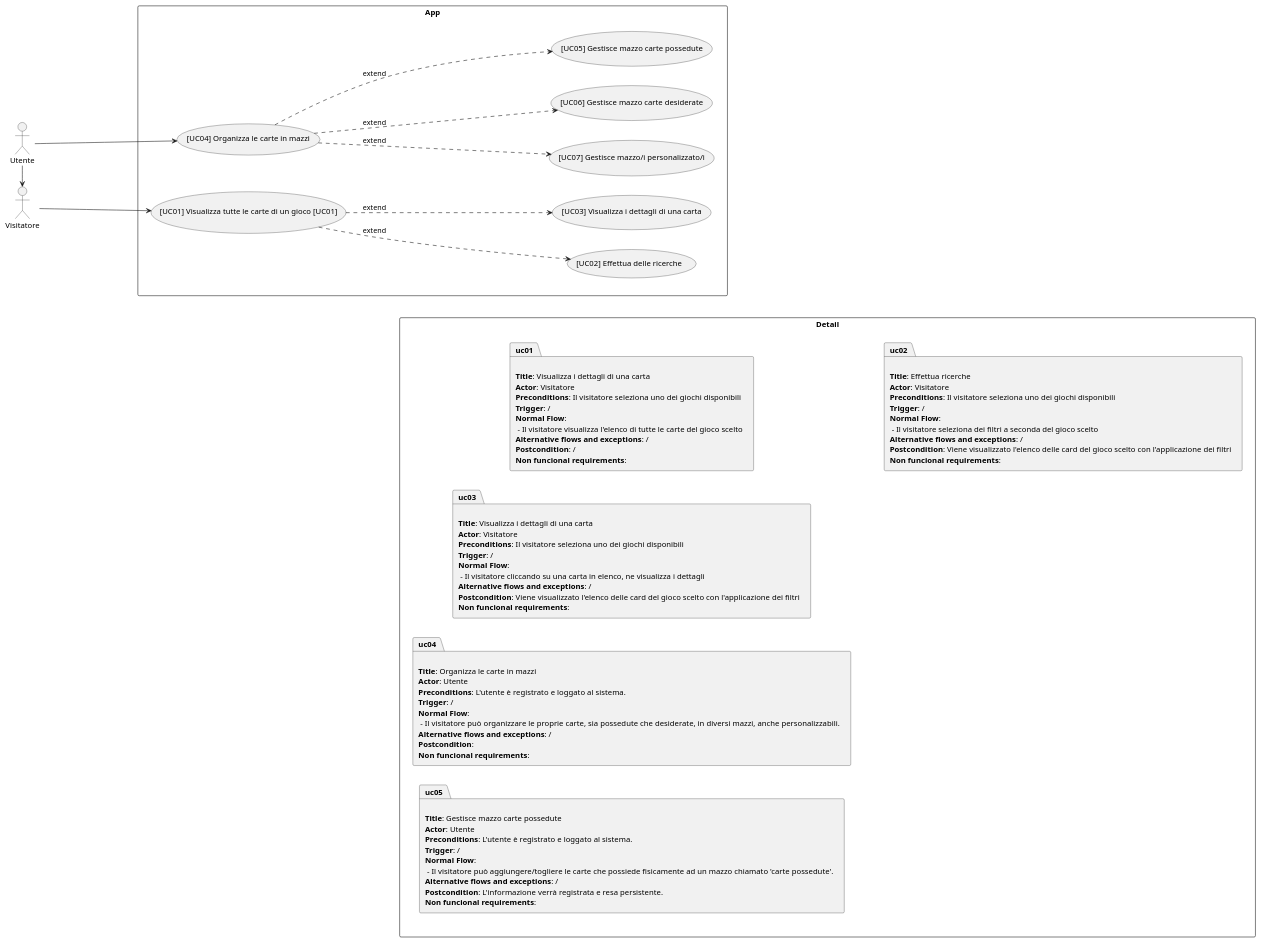
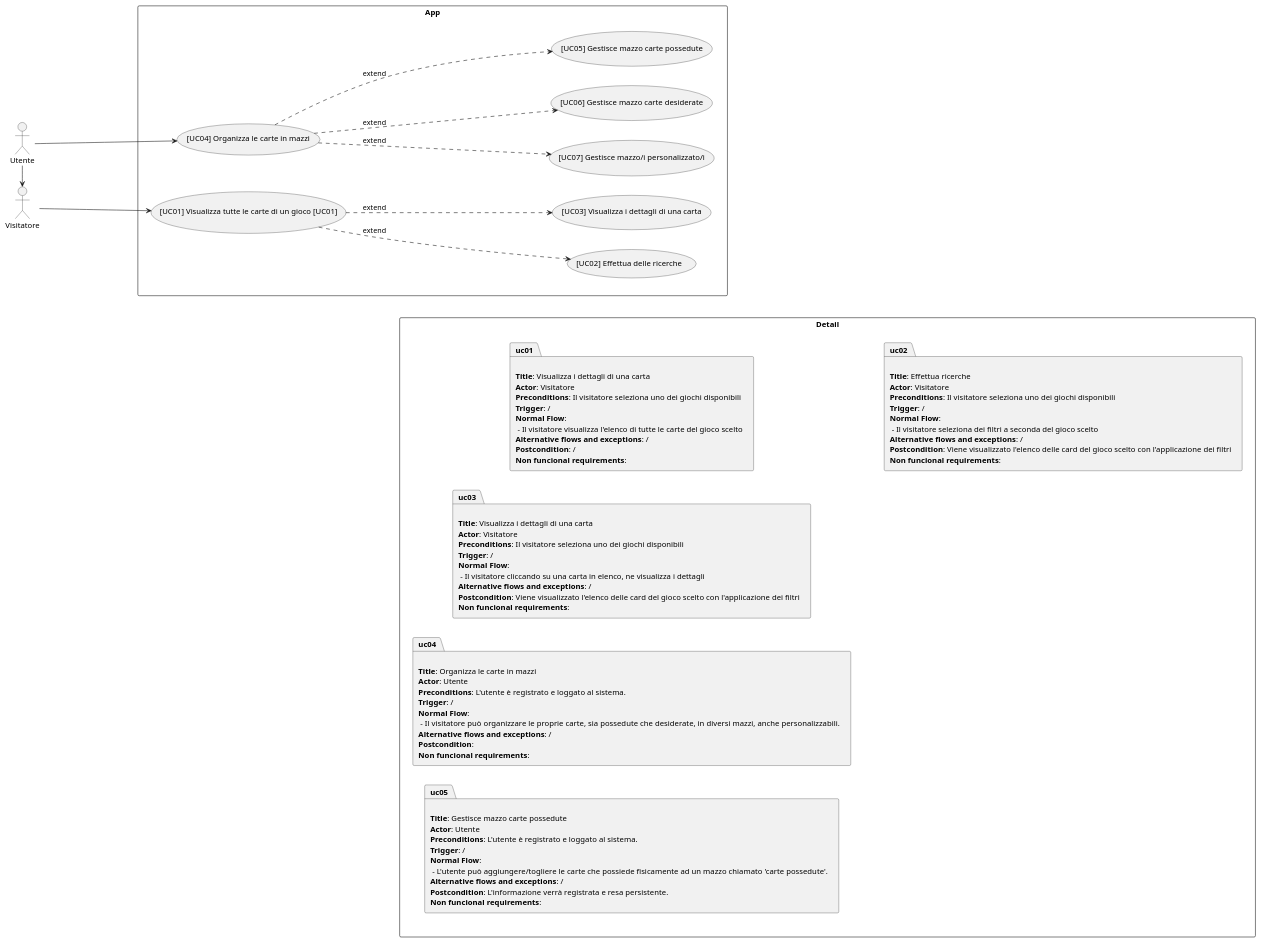
Before and after one commit to alessioarcara/Card-Exchange: the diagram in DOC/Inception/Diagram/UseCase.puml, drawn with PlantUML.

Commit message:
fix UseCaseDiagram

```diff
--- a/DOC/Inception/Diagram/UseCase.puml
+++ b/DOC/Inception/Diagram/UseCase.puml
@@ -1,108 +1,108 @@
 @startuml
 left to right direction
 
 
 
 
 actor Utente as U
 actor Visitatore as  V
 
 'U --down--> V
 
 App -d[hidden]-> Detail
 
 
 
 rectangle Detail {
 package  uc01 [
 
 **Title**: Visualizza i dettagli di una carta
 **Actor**: Visitatore
 **Preconditions**: Il visitatore seleziona uno dei giochi disponibili
 **Trigger**: /
 **Normal Flow**:
  - Il visitatore visualizza l'elenco di tutte le carte del gioco scelto
 **Alternative flows and exceptions**: /
 **Postcondition**: /
 **Non funcional requirements**:
 ]
 
 package  uc02 [
 
 **Title**: Effettua ricerche
 **Actor**: Visitatore
 **Preconditions**: Il visitatore seleziona uno dei giochi disponibili
 **Trigger**: /
 **Normal Flow**:
  - Il visitatore seleziona dei filtri a seconda del gioco scelto
 **Alternative flows and exceptions**: /
 **Postcondition**: Viene visualizzato l'elenco delle card del gioco scelto con l'applicazione dei filtri
 **Non funcional requirements**:
 ]
 
 package  uc03 [
 
 **Title**: Visualizza i dettagli di una carta
 **Actor**: Visitatore
 **Preconditions**: Il visitatore seleziona uno dei giochi disponibili
 **Trigger**: /
 **Normal Flow**:
  - Il visitatore cliccando su una carta in elenco, ne visualizza i dettagli
 **Alternative flows and exceptions**: /
 **Postcondition**: Viene visualizzato l'elenco delle card del gioco scelto con l'applicazione dei filtri
 **Non funcional requirements**:
 ]
 
 package  uc04 [
 
 **Title**: Organizza le carte in mazzi
 **Actor**: Utente
 **Preconditions**: L'utente è registrato e loggato al sistema.
 **Trigger**: /
 **Normal Flow**:
  - Il visitatore può organizzare le proprie carte, sia possedute che desiderate,  in diversi mazzi, anche personalizzabili.
 **Alternative flows and exceptions**: /
 **Postcondition**:
 **Non funcional requirements**:
 ]
 
 package  uc05 [
 
 **Title**: Gestisce mazzo carte possedute
 **Actor**: Utente
 **Preconditions**: L'utente è registrato e loggato al sistema.
 **Trigger**: /
 **Normal Flow**:
- - Il visitatore può aggiungere/togliere le carte che possiede fisicamente ad un mazzo chiamato 'carte possedute'.
+ - L'utente può aggiungere/togliere le carte che possiede fisicamente ad un mazzo chiamato 'carte possedute'.
 **Alternative flows and exceptions**: /
 **Postcondition**: L'informazione verrà registrata e resa persistente.
 **Non funcional requirements**:
 ]
 
 
 }
 
 rectangle App {
  ([UC04] Organizza le carte in mazzi) as zUC1
  ([UC07] Gestisce mazzo/i personalizzato/i) as zUC2
   ([UC06] Gestisce mazzo carte desiderate) as zUC3
   ([UC05] Gestisce mazzo carte possedute) as zUC4
   ([UC01] Visualizza tutte le carte di un gioco [UC01]) as zUC5
   ([UC02] Effettua delle ricerche ) as zUC6
   ([UC03] Visualizza i dettagli di una carta) as zUC7
 }
 U  -> V
 U ----> zUC1
 V ----> zUC5
 (zUC1) ..> (zUC4) : extend
 (zUC1) ..> (zUC2) : extend
 (zUC1) ..> (zUC3) : extend
 (zUC5) ..> (zUC6) : extend
 (zUC5) ..> (zUC7) : extend
 
 uc01 -d[hidden]-> uc02
 uc01 -l[hidden]-> uc03
 
 
 
 @enduml
```
